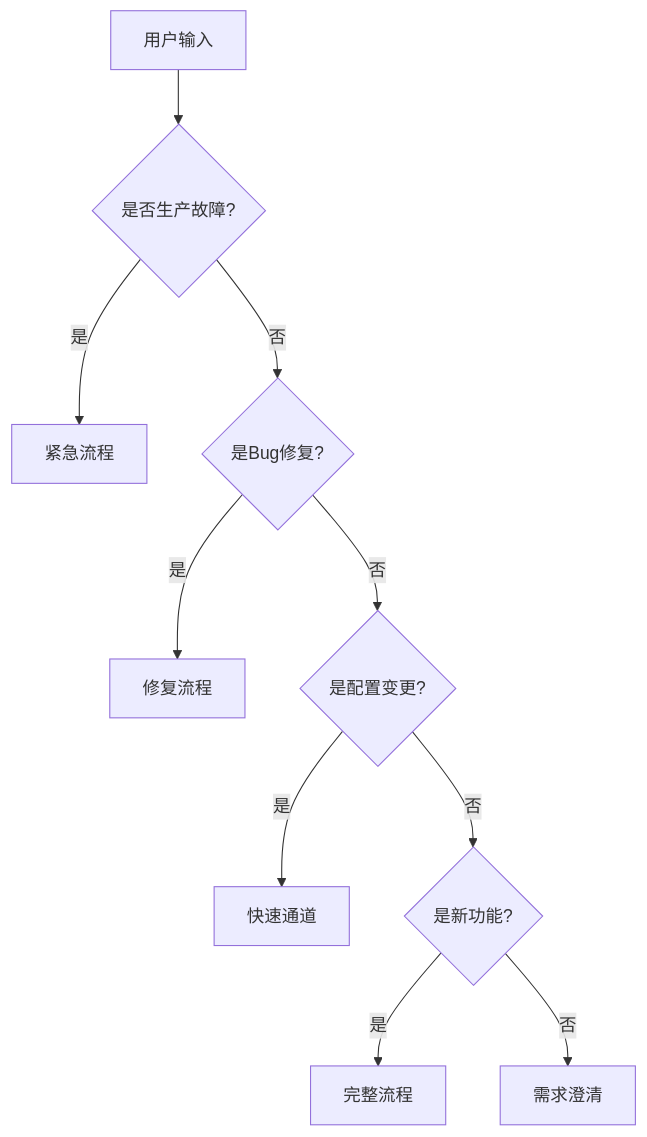
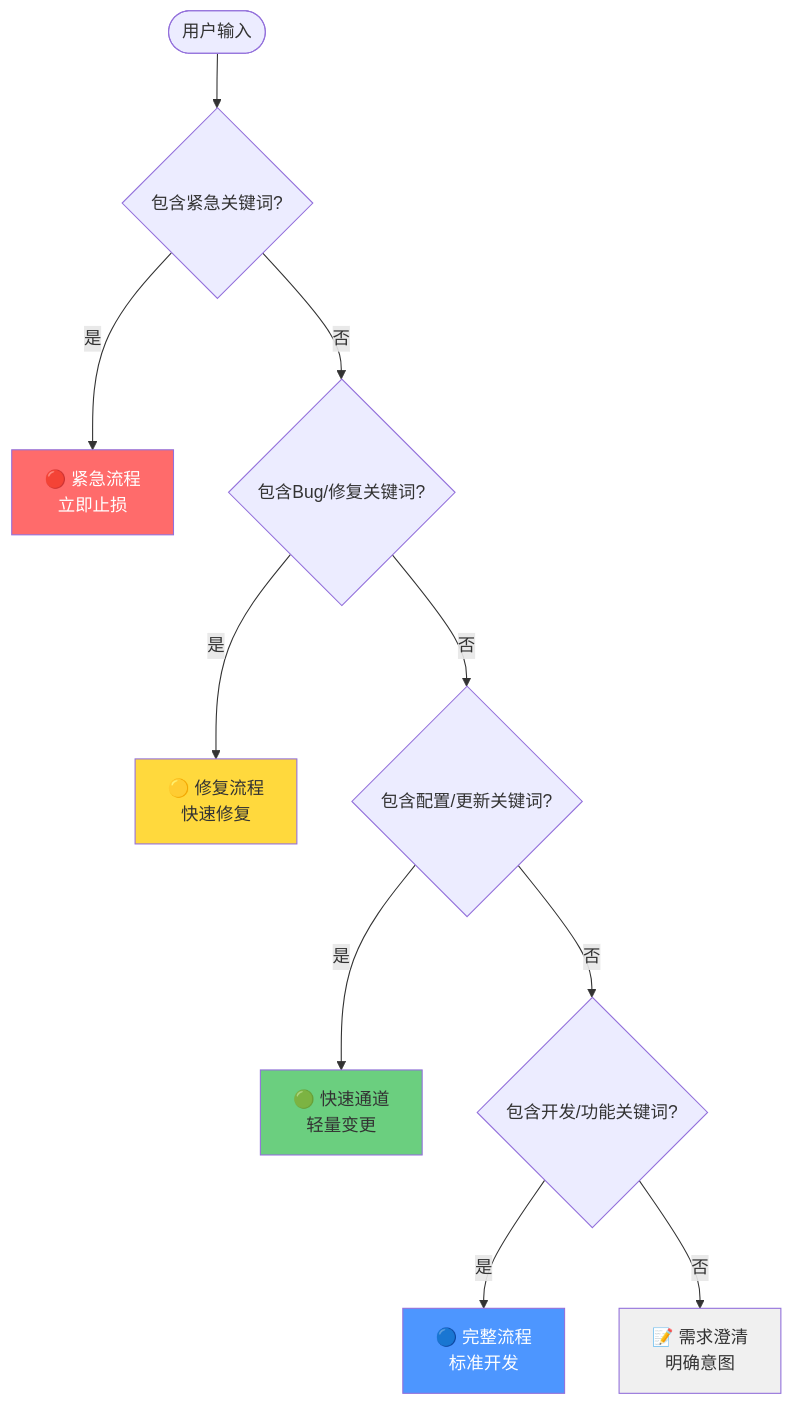
The second of 6 diagrams in skills/project-manager/SKILL.md (Tooooommy/Trae-Workflow), drawn with Mermaid before and after one commit. The commit also changed other lines of this file, not shown here.

````diff
--- a/skills/project-manager/SKILL.md
+++ b/skills/project-manager/SKILL.md
@@ -183,12 +112,18 @@
 ```mermaid
 flowchart TD
-    A[用户输入] --> B{是否生产故障?}
-    B -->|是| C[紧急流程]
-    B -->|否| D{是Bug修复?}
-    D -->|是| E[修复流程]
-    D -->|否| F{是配置变更?}
-    F -->|是| G[快速通道]
-    F -->|否| H{是新功能?}
-    H -->|是| I[完整流程]
-    H -->|否| J[需求澄清]
+    Start([用户输入]) --> Q1{包含紧急关键词?}
+    Q1 -->|是| Emergency[🔴 紧急流程<br/>立即止损]
+    Q1 -->|否| Q2{包含Bug/修复关键词?}
+    Q2 -->|是| Fix[🟡 修复流程<br/>快速修复]
+    Q2 -->|否| Q3{包含配置/更新关键词?}
+    Q3 -->|是| Fast[🟢 快速通道<br/>轻量变更]
+    Q3 -->|否| Q4{包含开发/功能关键词?}
+    Q4 -->|是| Full[🔵 完整流程<br/>标准开发]
+    Q4 -->|否| Clarify[📝 需求澄清<br/>明确意图]
+
+    style Emergency fill:#ff6b6b,color:#fff
+    style Fix fill:#ffd93d
+    style Fast fill:#6bcf7f
+    style Full fill:#4d96ff,color:#fff
+    style Clarify fill:#f0f0f0
 ```
````
